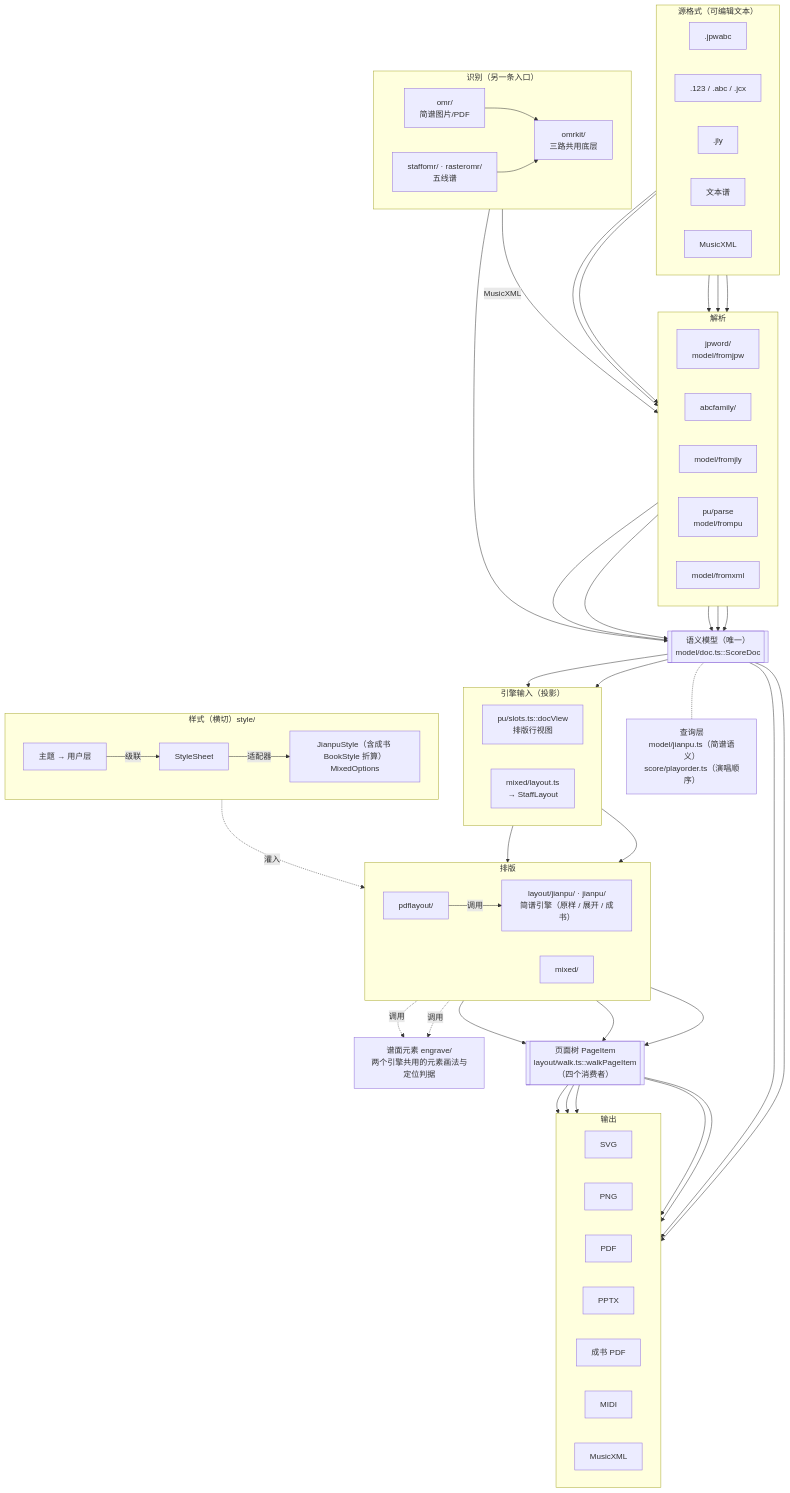
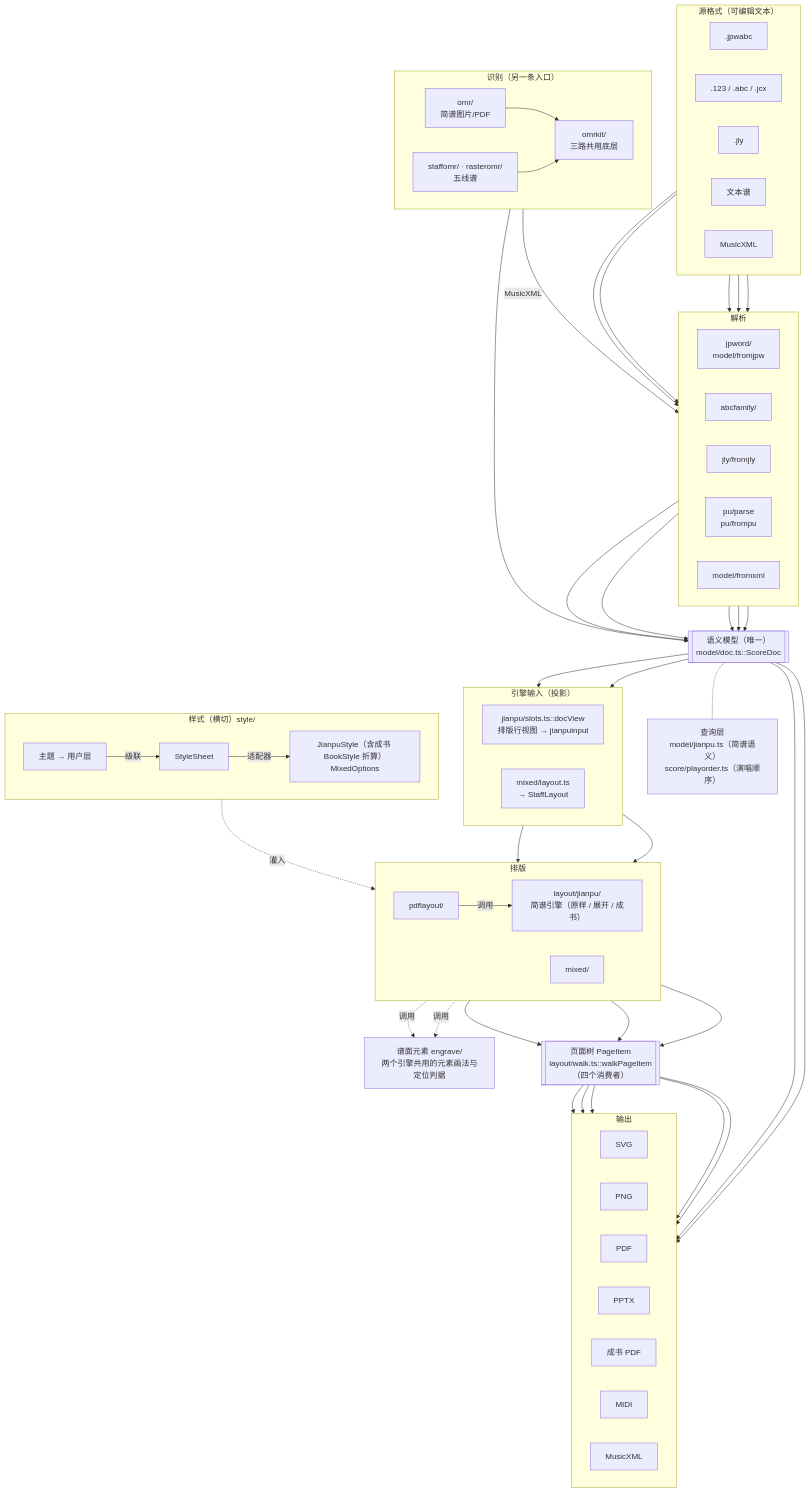
One commit to lodebar2026/dolce changed the diagram in docs/架构.md. Above: the diagram before and after it, drawn with Mermaid. The commit also changed other lines of this file and 102 other files, not shown here.

```diff
--- a/docs/架构.md
+++ b/docs/架构.md
@@ -60,8 +60,8 @@
     direction LR
     pjpw["jpword/<br/>model/fromjpw"]
     pabc["abcfamily/"]
-    pjly["model/fromjly"]
-    ppu["pu/parse<br/>model/frompu"]
+    pjly["jly/fromjly"]
+    ppu["pu/parse<br/>pu/frompu"]
     pxml["model/fromxml"]
   end
 
@@ -77,13 +77,13 @@
 
   subgraph PROJ["引擎输入（投影）"]
     direction LR
-    ipu["pu/slots.ts::docView<br/>排版行视图"]
+    ipu["jianpu/slots.ts::docView<br/>排版行视图 → jianpuinput"]
     imx["mixed/layout.ts<br/>→ StaffLayout"]
   end
 
   subgraph LAYOUT["排版"]
     direction LR
-    ljp["layout/jianpu/ · jianpu/<br/>简谱引擎（原样 / 展开 / 成书）"]
+    ljp["layout/jianpu/<br/>简谱引擎（原样 / 展开 / 成书）"]
     lmx["mixed/"]
     lbook["pdflayout/"]
   end
```
